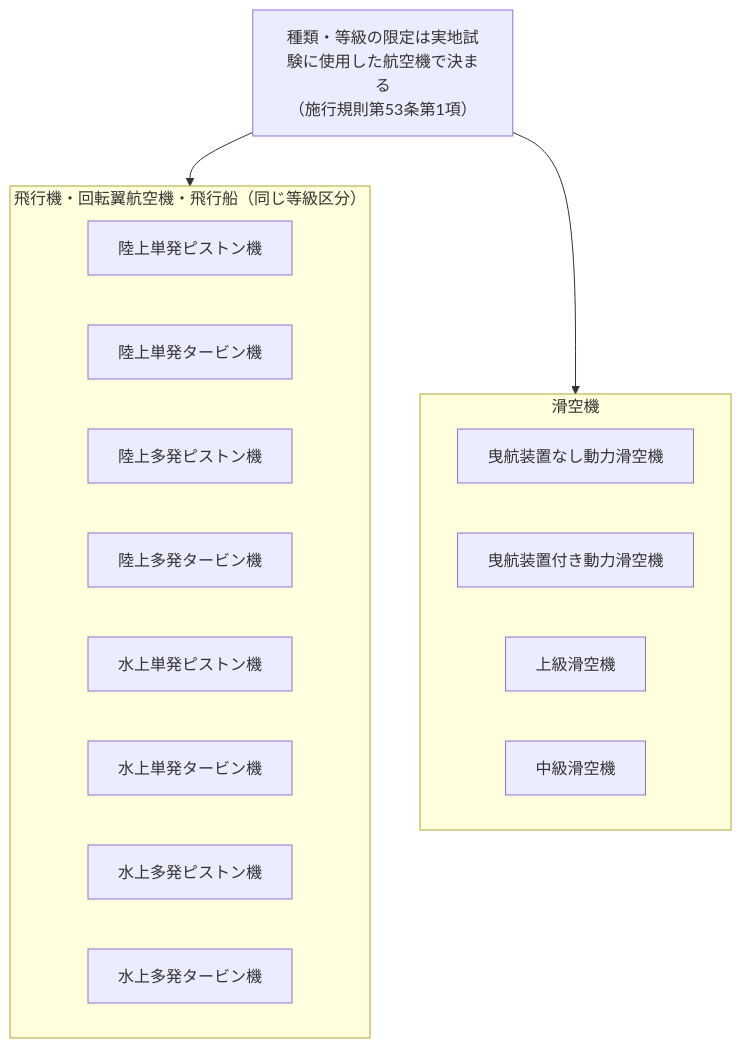
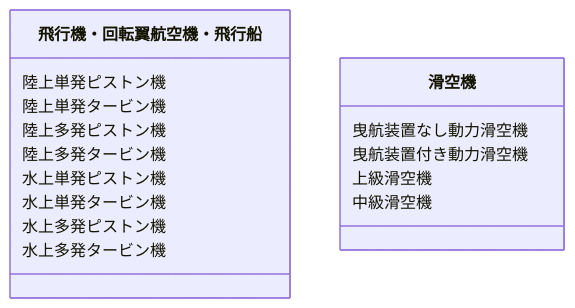
One commit to yonemotoBB/pil changed the third of 22 diagrams in chapters/04_第四章.md. Above: the diagram before and after it, drawn with Mermaid. The commit also changed other lines of this file, not shown here.

Commit message:
第二十五条施行規則の列挙系図(53条1項/54条/55条)をクラス図に変更

````diff
--- a/chapters/04_第四章.md
+++ b/chapters/04_第四章.md
@@ -270,24 +270,17 @@
 ```mermaid
-flowchart TD
-    R["種類・等級の限定は実地試験に使用した航空機で決まる<br>（施行規則第53条第1項）"]
-
-    subgraph a[飛行機・回転翼航空機・飛行船（同じ等級区分）]
-        H1["陸上単発ピストン機"]
-        H2["陸上単発タービン機"]
-        H3["陸上多発ピストン機"]
-        H4["陸上多発タービン機"]
-        H5["水上単発ピストン機"]
-        H6["水上単発タービン機"]
-        H7["水上多発ピストン機"]
-        H8["水上多発タービン機"]
-    end
-    subgraph b[滑空機]
-        G1["曳航装置なし動力滑空機"]
-        G2["曳航装置付き動力滑空機"]
-        G3["上級滑空機"]
-        G4["中級滑空機"]
-    end
-
-    R --> a
-    R --> b
+classDiagram
+    class c1["飛行機・回転翼航空機・飛行船"]
+    c1 : 陸上単発ピストン機
+    c1 : 陸上単発タービン機
+    c1 : 陸上多発ピストン機
+    c1 : 陸上多発タービン機
+    c1 : 水上単発ピストン機
+    c1 : 水上単発タービン機
+    c1 : 水上多発ピストン機
+    c1 : 水上多発タービン機
+    class c2["滑空機"]
+    c2 : 曳航装置なし動力滑空機
+    c2 : 曳航装置付き動力滑空機
+    c2 : 上級滑空機
+    c2 : 中級滑空機
 ```
````
